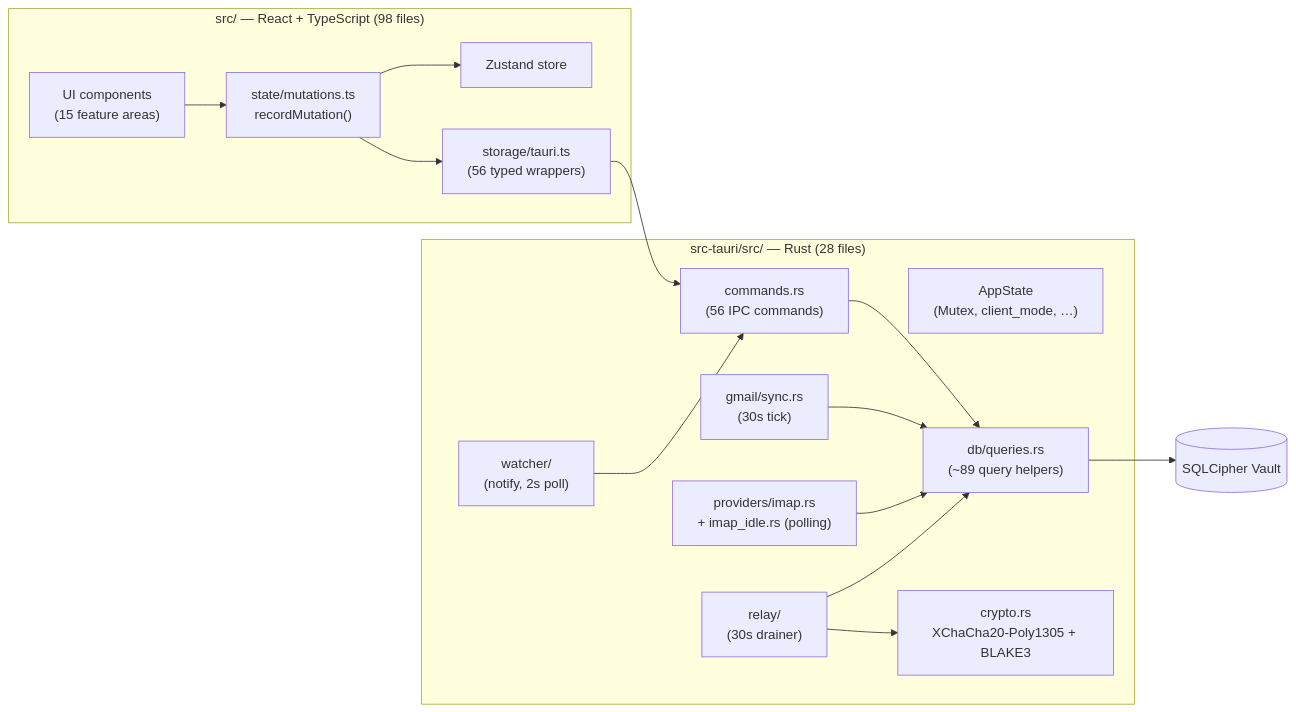
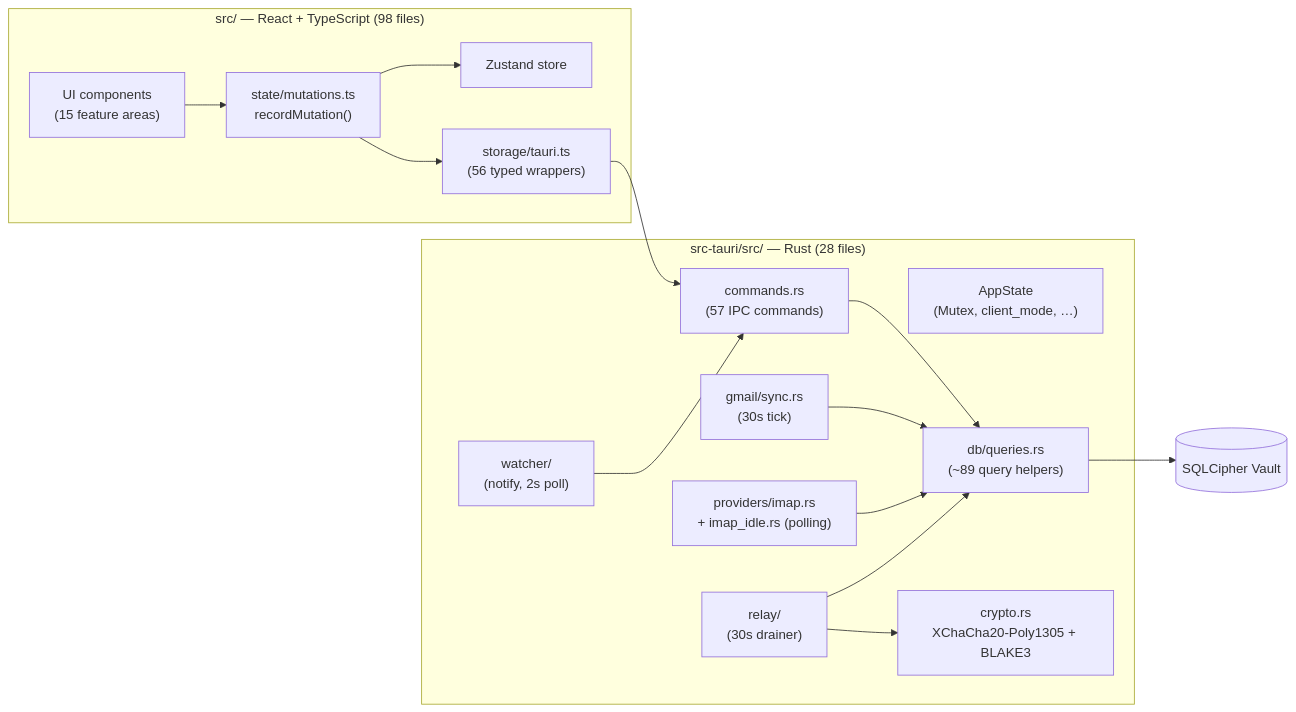
Before and after one commit to wdsmcguigan/Nexus-V2: the second of 4 diagrams in docs/architecture.md, drawn with Mermaid. The commit also changed 13 other files, not shown here.

````diff
--- a/docs/architecture.md
+++ b/docs/architecture.md
@@ -66,31 +66,31 @@
 ```mermaid
 graph LR
     subgraph Frontend["src/ — React + TypeScript (98 files)"]
         UI["UI components<br/>(15 feature areas)"]
         Store["Zustand store"]
         MutLib["state/mutations.ts<br/>recordMutation()"]
         TauriIPC["storage/tauri.ts<br/>(56 typed wrappers)"]
     end
 
     subgraph Backend["src-tauri/src/ — Rust (28 files)"]
         AppState["AppState<br/>(Mutex<VaultDb>, client_mode, …)"]
-        Commands["commands.rs<br/>(56 IPC commands)"]
+        Commands["commands.rs<br/>(57 IPC commands)"]
         DB["db/queries.rs<br/>(~89 query helpers)"]
         GmailWorker["gmail/sync.rs<br/>(30s tick)"]
         IMAPWorker["providers/imap.rs<br/>+ imap_idle.rs (polling)"]
         Watcher["watcher/<br/>(notify, 2s poll)"]
         Drainer["relay/<br/>(30s drainer)"]
         Crypto["crypto.rs<br/>XChaCha20-Poly1305 + BLAKE3"]
     end
 
     Vault[(SQLCipher Vault)]
 
     UI --> MutLib --> Store
     MutLib --> TauriIPC --> Commands
     Commands --> DB --> Vault
     GmailWorker --> DB
     IMAPWorker --> DB
     Watcher --> Commands
     Drainer --> Crypto
     Drainer --> DB
 ```
````
